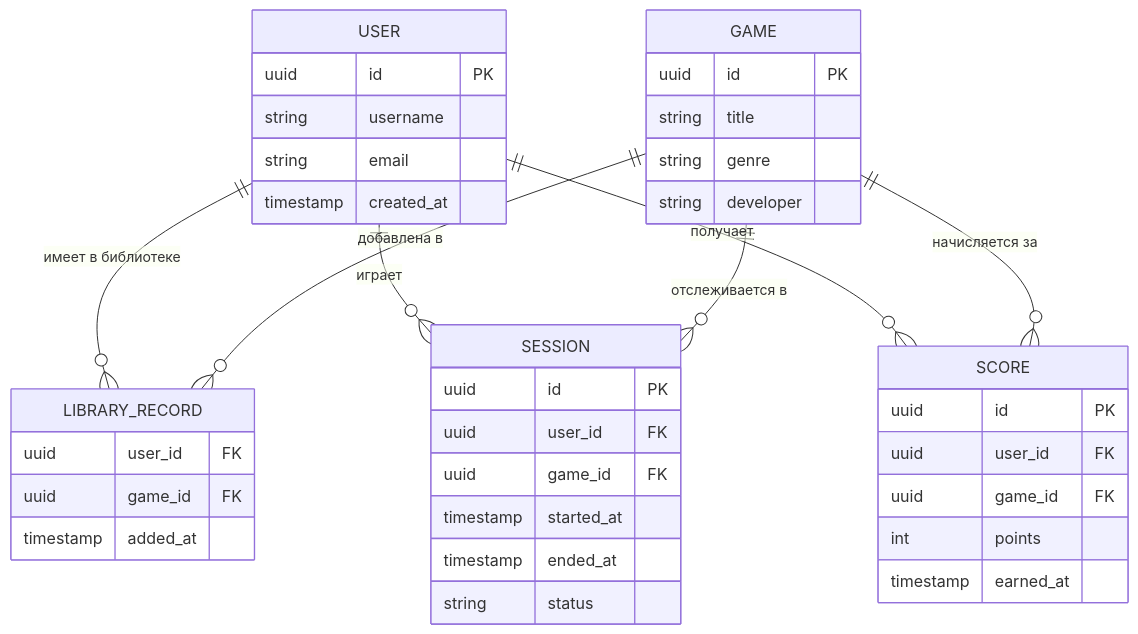
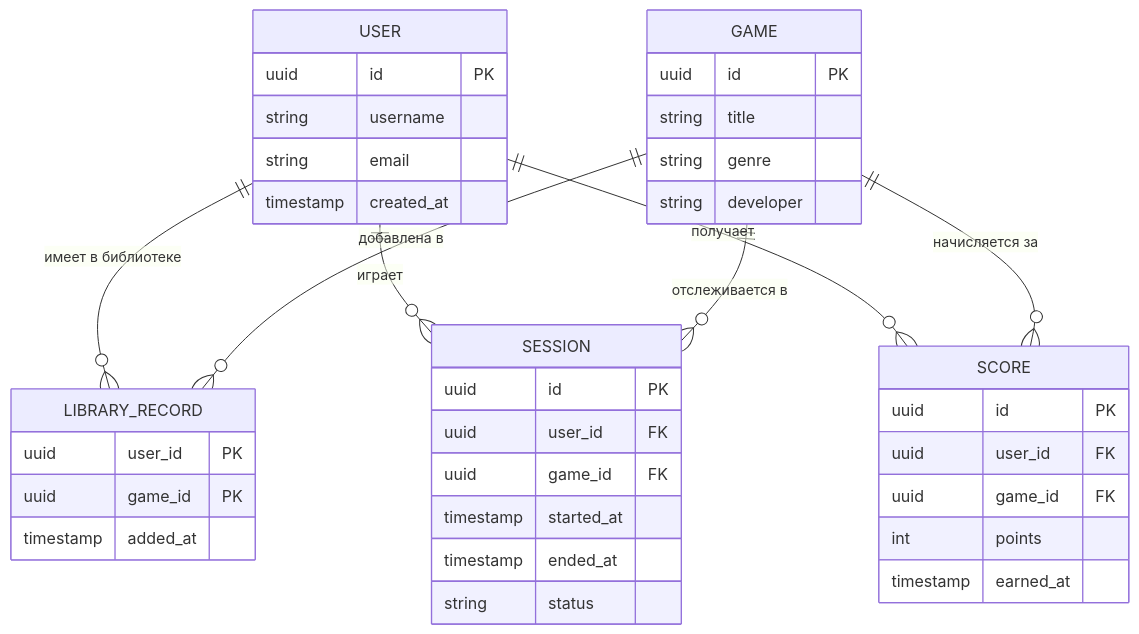
Before and after one commit to Artem-231/game-platform-microservices: the diagram in docs/domain_model.md, drawn with Mermaid. The commit also changed other lines of this file, not shown here.

````diff
--- a/docs/domain_model.md
+++ b/docs/domain_model.md
@@ -38,46 +77,46 @@
 ```mermaid
 erDiagram
     USER ||--o{ LIBRARY_RECORD : "имеет в библиотеке"
     USER ||--o{ SESSION : "играет"
     USER ||--o{ SCORE : "получает"
     GAME ||--o{ LIBRARY_RECORD : "добавлена в"
     GAME ||--o{ SESSION : "отслеживается в"
     GAME ||--o{ SCORE : "начисляется за"
 
     USER {
         uuid id PK
         string username
         string email
         timestamp created_at
     }
     
     GAME {
         uuid id PK
         string title
         string genre
         string developer
     }
     
     LIBRARY_RECORD {
-        uuid user_id FK
-        uuid game_id FK
+        uuid user_id PK
+        uuid game_id PK
         timestamp added_at
     }
     
     SESSION {
         uuid id PK
         uuid user_id FK
         uuid game_id FK
         timestamp started_at
         timestamp ended_at
         string status
     }
     
     SCORE {
         uuid id PK
         uuid user_id FK
         uuid game_id FK
         int points
         timestamp earned_at
     }
 ```
````
